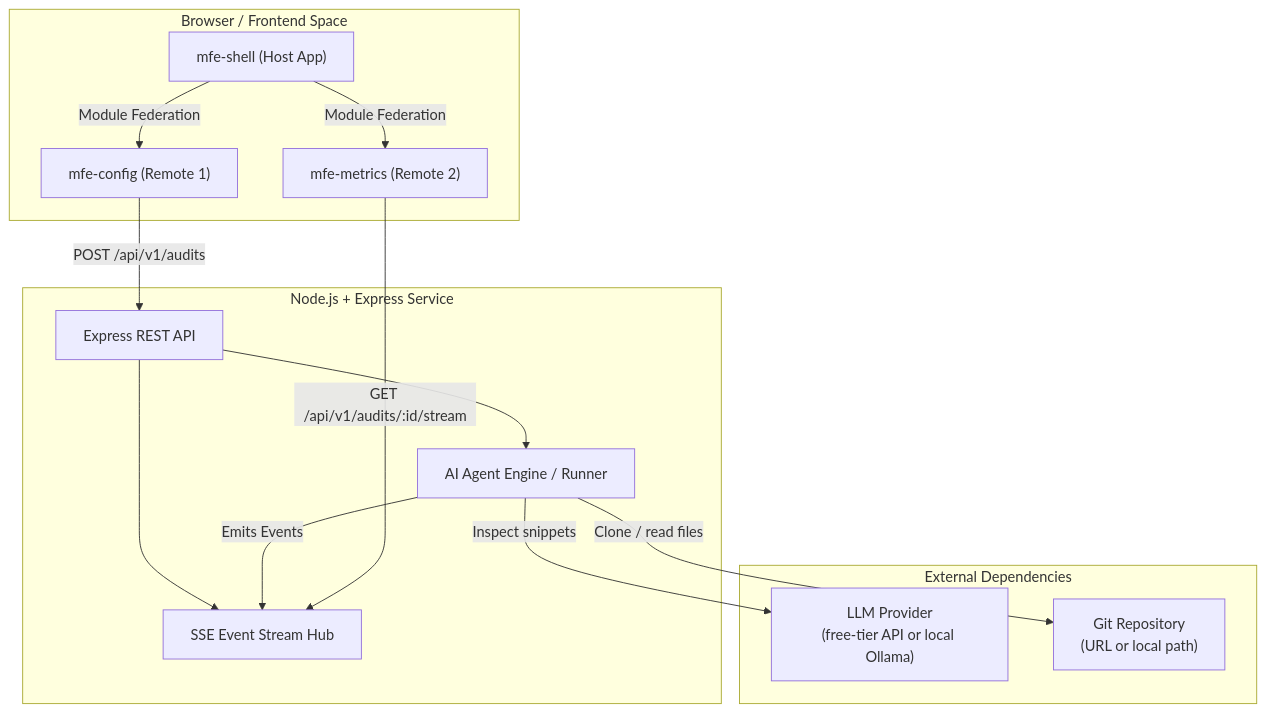
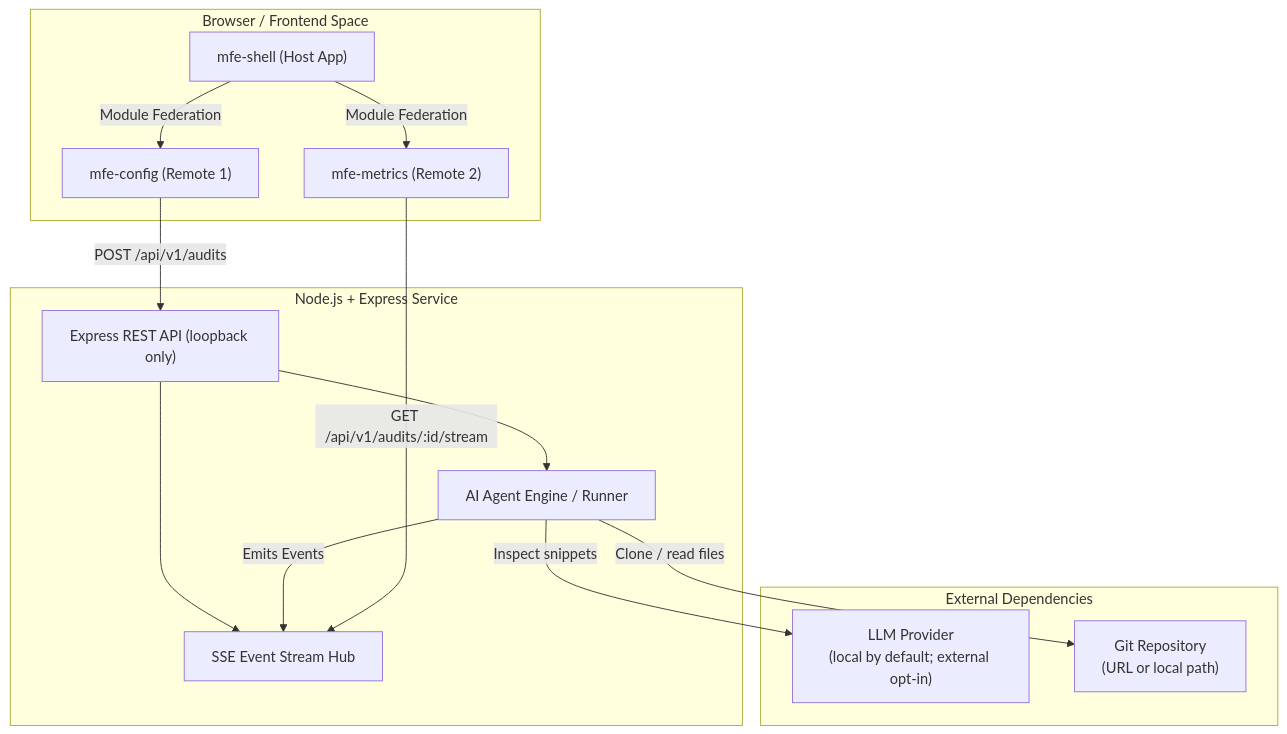
One commit to anavasm/sentinel-sdd changed the first of 2 diagrams in docs/asd/06-software-architecture.md. Above: the diagram before and after it, drawn with Mermaid. The commit also changed other lines of this file and 17 other files, not shown here.

````diff
--- a/docs/asd/06-software-architecture.md
+++ b/docs/asd/06-software-architecture.md
@@ -7,29 +7,29 @@
 ```mermaid
 graph TD
     subgraph Client ["Browser / Frontend Space"]
         Shell["mfe-shell (Host App)"]
         ConfigMFE["mfe-config (Remote 1)"]
         MetricsMFE["mfe-metrics (Remote 2)"]
         Shell -->|Module Federation| ConfigMFE
         Shell -->|Module Federation| MetricsMFE
     end
 
     subgraph Backend ["Node.js + Express Service"]
-        API["Express REST API"]
+        API["Express REST API (loopback only)"]
         SSEHub["SSE Event Stream Hub"]
         AgentEngine["AI Agent Engine / Runner"]
         API --> SSEHub
         API --> AgentEngine
         AgentEngine -->|Emits Events| SSEHub
     end
 
     subgraph External ["External Dependencies"]
-        LLM["LLM Provider<br/>(free-tier API or local Ollama)"]
+        LLM["LLM Provider<br/>(local by default; external opt-in)"]
         Repo["Git Repository<br/>(URL or local path)"]
     end
 
     ConfigMFE -->|POST /api/v1/audits| API
     MetricsMFE -->|GET /api/v1/audits/:id/stream| SSEHub
     AgentEngine -->|Inspect snippets| LLM
     AgentEngine -->|Clone / read files| Repo
 ```
````
